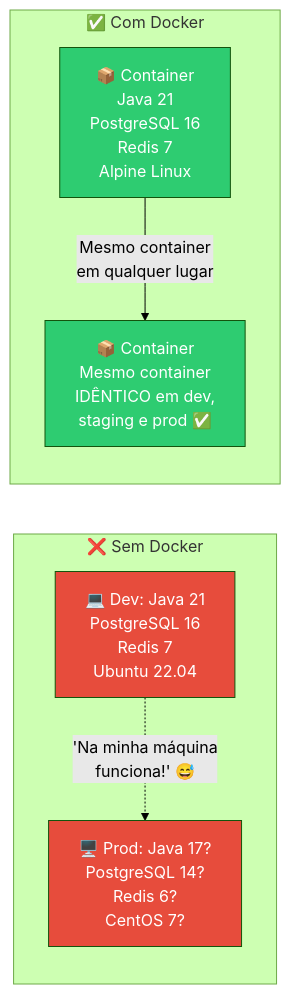
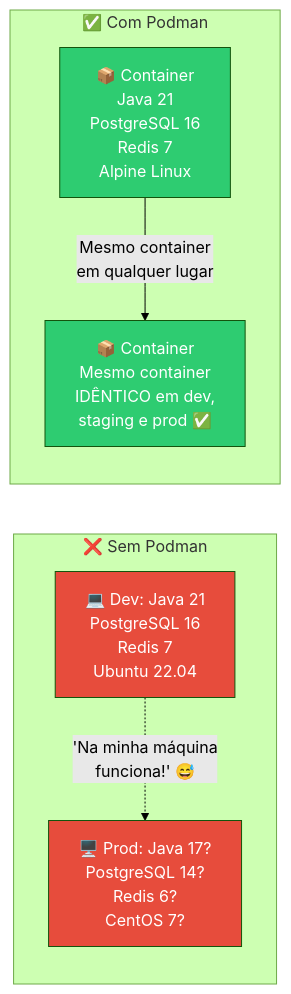
The first of 5 diagrams in dia-07/slide-02.md (deusemarjunior/trein-java-intermed), drawn with Mermaid (forest theme) before and after one commit. The commit also changed other lines of this file and 100 other files, not shown here.

Commit message:
removendo docker adicionando podman

````diff
--- a/dia-07/slide-02.md
+++ b/dia-07/slide-02.md
@@ -11,19 +11,19 @@
 ```mermaid
 graph LR
-    subgraph "❌ Sem Docker"
+    subgraph "❌ Sem Podman"
         DEV["💻 Dev: Java 21<br/>PostgreSQL 16<br/>Redis 7<br/>Ubuntu 22.04"]
         PROD["🖥️ Prod: Java 17?<br/>PostgreSQL 14?<br/>Redis 6?<br/>CentOS 7?"]
         DEV -.->|"'Na minha máquina<br/>funciona!' 😅"| PROD
     end
 
-    subgraph "✅ Com Docker"
+    subgraph "✅ Com Podman"
         CONT1["📦 Container<br/>Java 21<br/>PostgreSQL 16<br/>Redis 7<br/>Alpine Linux"]
         CONT2["📦 Container<br/>Mesmo container<br/>IDÊNTICO em dev,<br/>staging e prod ✅"]
         CONT1 -->|"Mesmo container<br/>em qualquer lugar"| CONT2
     end
 
     style DEV fill:#e74c3c,color:#fff
     style PROD fill:#e74c3c,color:#fff
     style CONT1 fill:#2ecc71,color:#fff
     style CONT2 fill:#2ecc71,color:#fff
 ```
````
